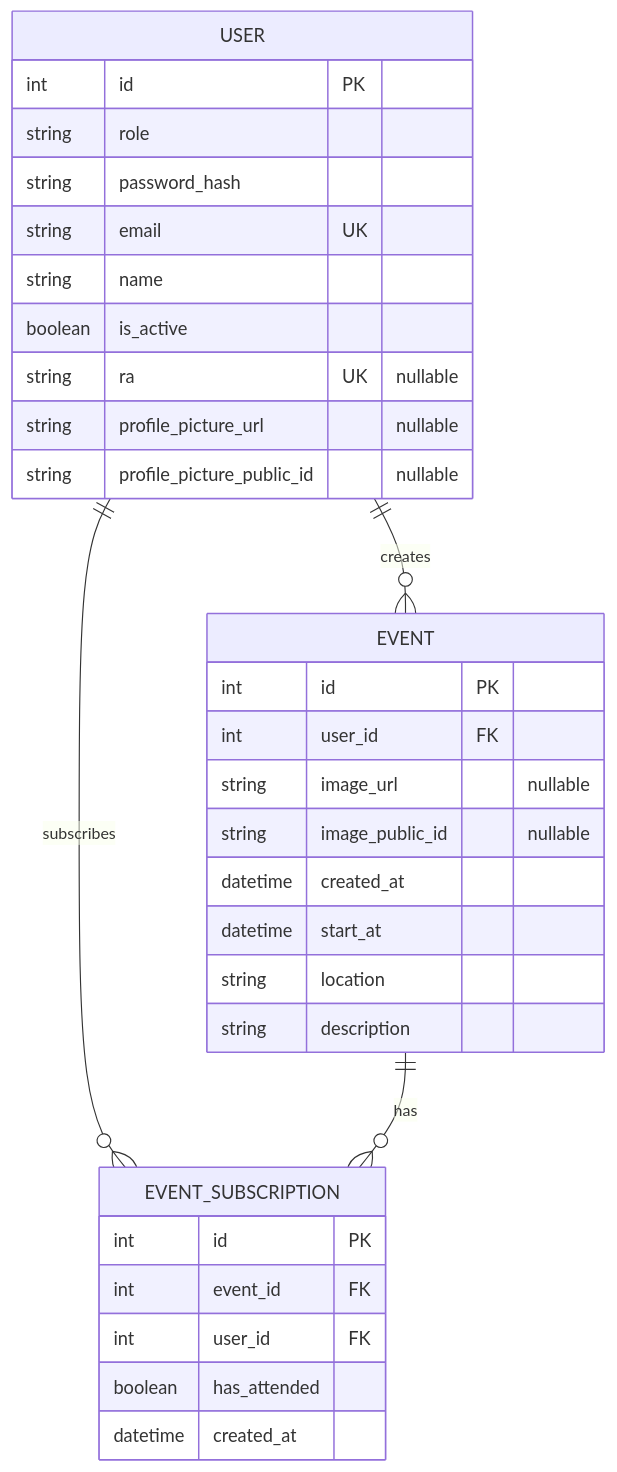
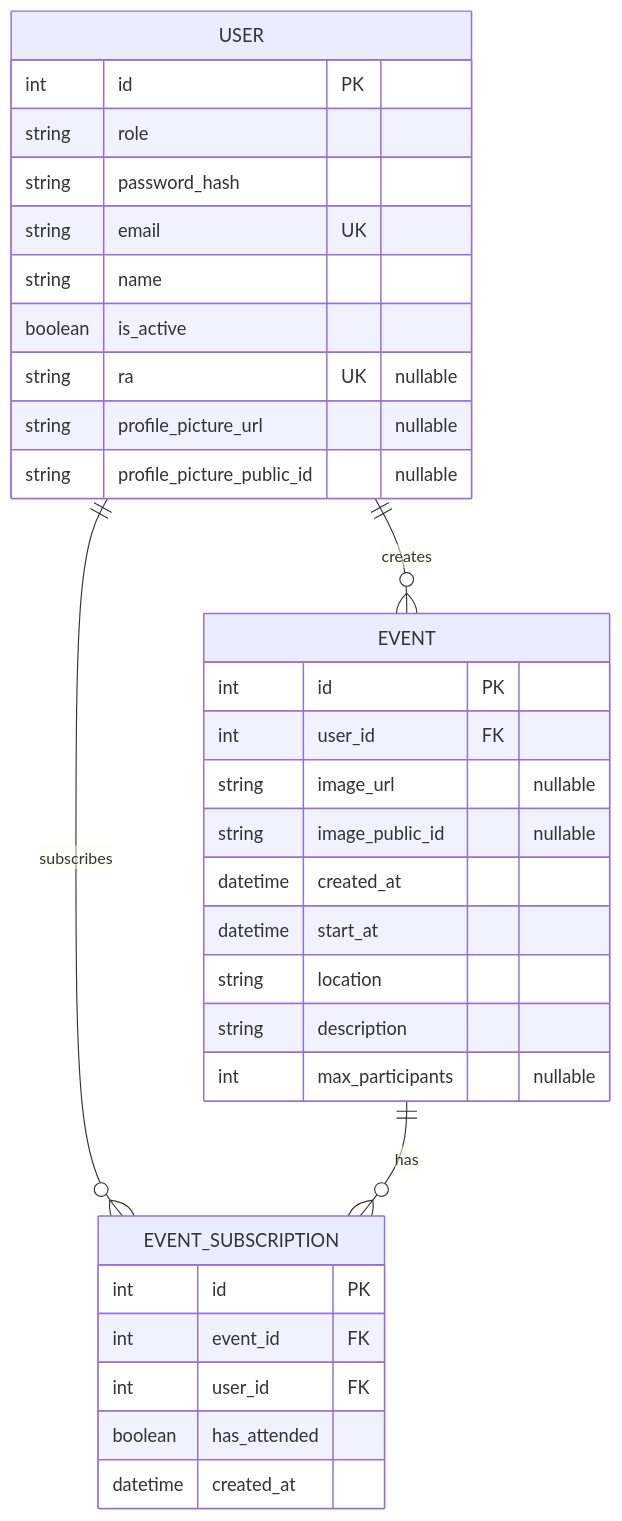
Before and after one commit to Campus-Cultural-2/Backend: the diagram in database/docs/erd.md, drawn with Mermaid. The commit also changed other lines of this file and 12 other files, not shown here.

````diff
--- a/database/docs/erd.md
+++ b/database/docs/erd.md
@@ -16,37 +16,38 @@
 ```mermaid
 erDiagram
     USER ||--o{ EVENT : creates
     USER ||--o{ EVENT_SUBSCRIPTION : subscribes
     EVENT ||--o{ EVENT_SUBSCRIPTION : has
 
     USER {
         int id PK
         string role
         string password_hash
         string email UK
         string name
         boolean is_active
         string ra UK "nullable"
         string profile_picture_url "nullable"
         string profile_picture_public_id "nullable"
     }
 
     EVENT {
         int id PK
         int user_id FK
         string image_url "nullable"
         string image_public_id "nullable"
         datetime created_at
         datetime start_at
         string location
         string description
+        int max_participants "nullable"
     }
 
     EVENT_SUBSCRIPTION {
         int id PK
         int event_id FK
         int user_id FK
         boolean has_attended
         datetime created_at
     }
 ```
````
